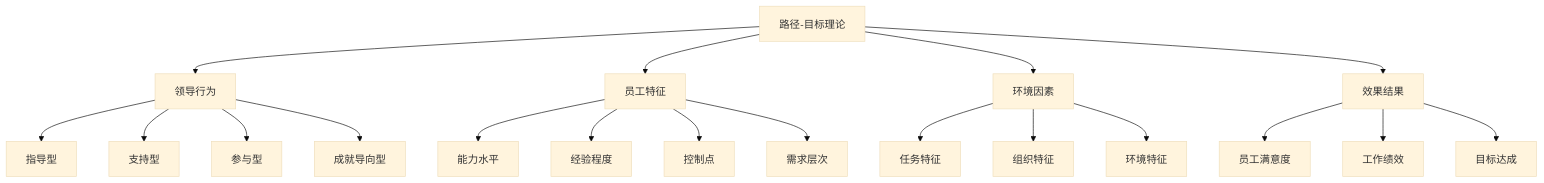
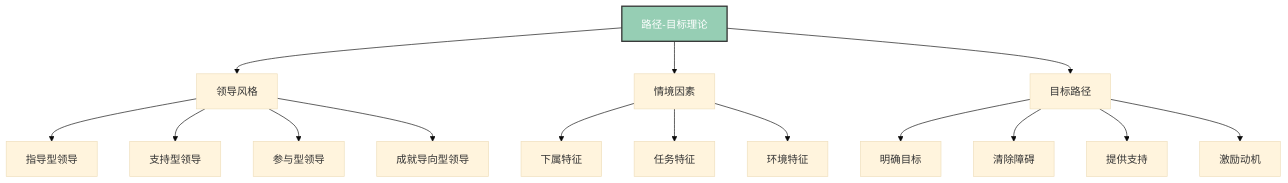
Before and after one commit to Anping2017/obsidian: the fourth of 7 diagrams in 企业领导力/02-理论理解层/经典领导理论/03-情境理论.md, drawn with Mermaid (base theme). The commit also changed other lines of this file and 8 other files, not shown here.

````diff
--- a/企业领导力/02-理论理解层/经典领导理论/03-情境理论.md
+++ b/企业领导力/02-理论理解层/经典领导理论/03-情境理论.md
@@ -93,25 +110,22 @@
 ```mermaid
 graph TD
-    A[路径-目标理论] --> B[领导行为]
-    A --> C[员工特征]
-    A --> D[环境因素]
-    A --> E[效果结果]
+    A[路径-目标理论] --> B[领导风格]
+    A --> C[情境因素]
+    A --> D[目标路径]
     
-    B --> B1[指导型]
-    B --> B2[支持型]
-    B --> B3[参与型]
-    B --> B4[成就导向型]
+    B --> B1[指导型领导]
+    B --> B2[支持型领导]
+    B --> B3[参与型领导]
+    B --> B4[成就导向型领导]
     
-    C --> C1[能力水平]
-    C --> C2[经验程度]
-    C --> C3[控制点]
-    C --> C4[需求层次]
+    C --> C1[下属特征]
+    C --> C2[任务特征]
+    C --> C3[环境特征]
     
-    D --> D1[任务特征]
-    D --> D2[组织特征]
-    D --> D3[环境特征]
+    D --> D1[明确目标]
+    D --> D2[清除障碍]
+    D --> D3[提供支持]
+    D --> D4[激励动机]
     
-    E --> E1[员工满意度]
-    E --> E2[工作绩效]
-    E --> E3[目标达成]
+    style A fill:#96ceb4,stroke:#333,stroke-width:2px,color:#fff
 ```
````
